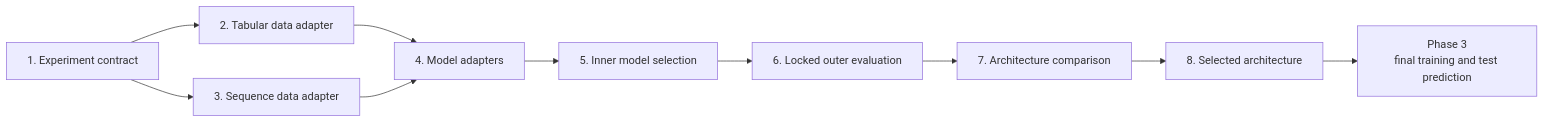
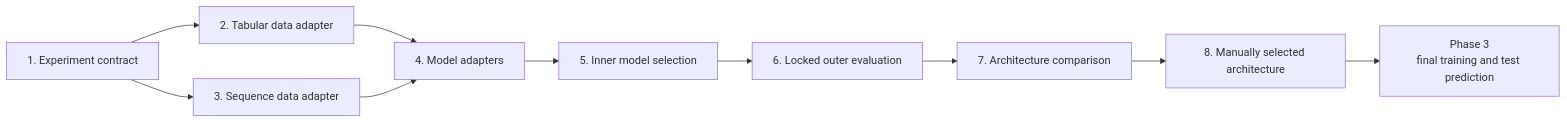
Before and after one commit to JoestHomann/UAV-RUL-Estimation: the fourth of 4 diagrams in literature_and_planning/development_documentation/phase_2_modelArchitectureStudy.md, drawn with Mermaid. The commit also changed other lines of this file and 8 other files, not shown here.

First line of the commit message:
feat(phase-2): add validated architecture experiment contract

````diff
--- a/literature_and_planning/development_documentation/phase_2_modelArchitectureStudy.md
+++ b/literature_and_planning/development_documentation/phase_2_modelArchitectureStudy.md
@@ -342,12 +365,12 @@
 ```mermaid
 flowchart LR
     S1["1. Experiment contract"] --> S2["2. Tabular data adapter"]
     S1 --> S3["3. Sequence data adapter"]
     S2 --> S4["4. Model adapters"]
     S3 --> S4
     S4 --> S5["5. Inner model selection"]
     S5 --> S6["6. Locked outer evaluation"]
     S6 --> S7["7. Architecture comparison"]
-    S7 --> S8["8. Selected architecture"]
+    S7 --> S8["8. Manually selected architecture"]
     S8 --> P3["Phase 3<br/>final training and test prediction"]
 ```
````
